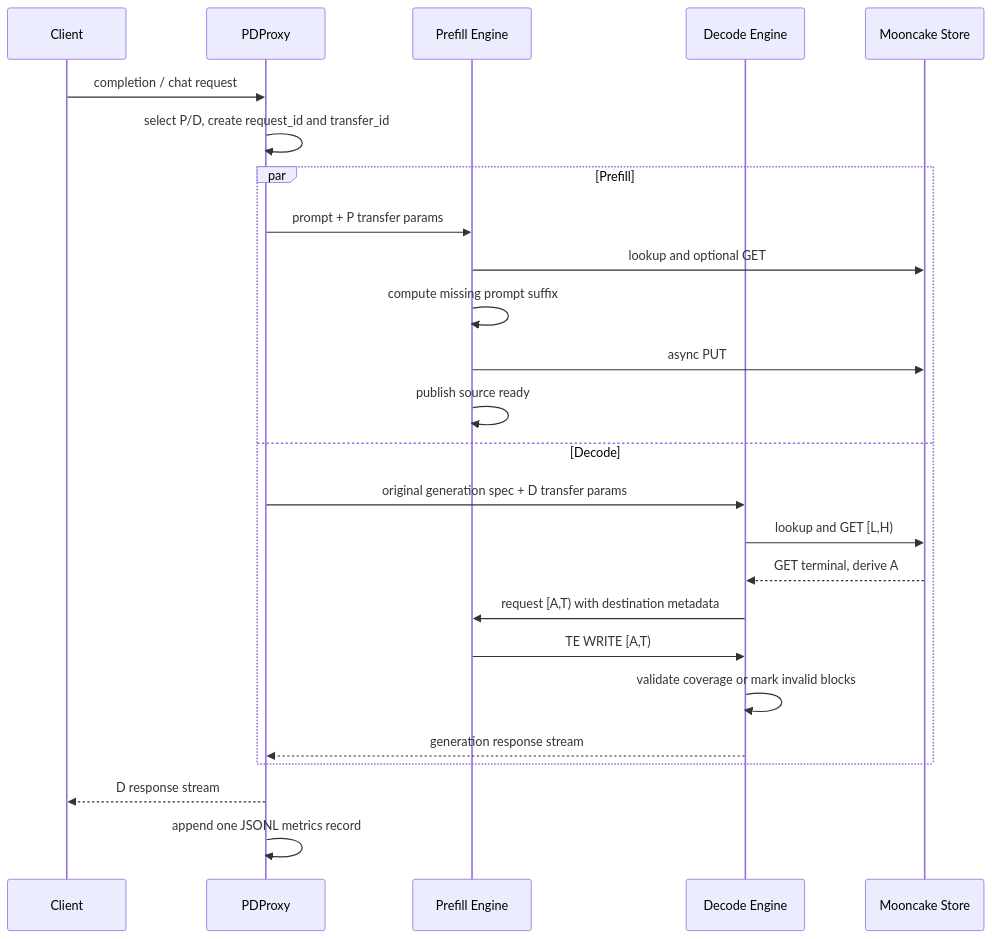
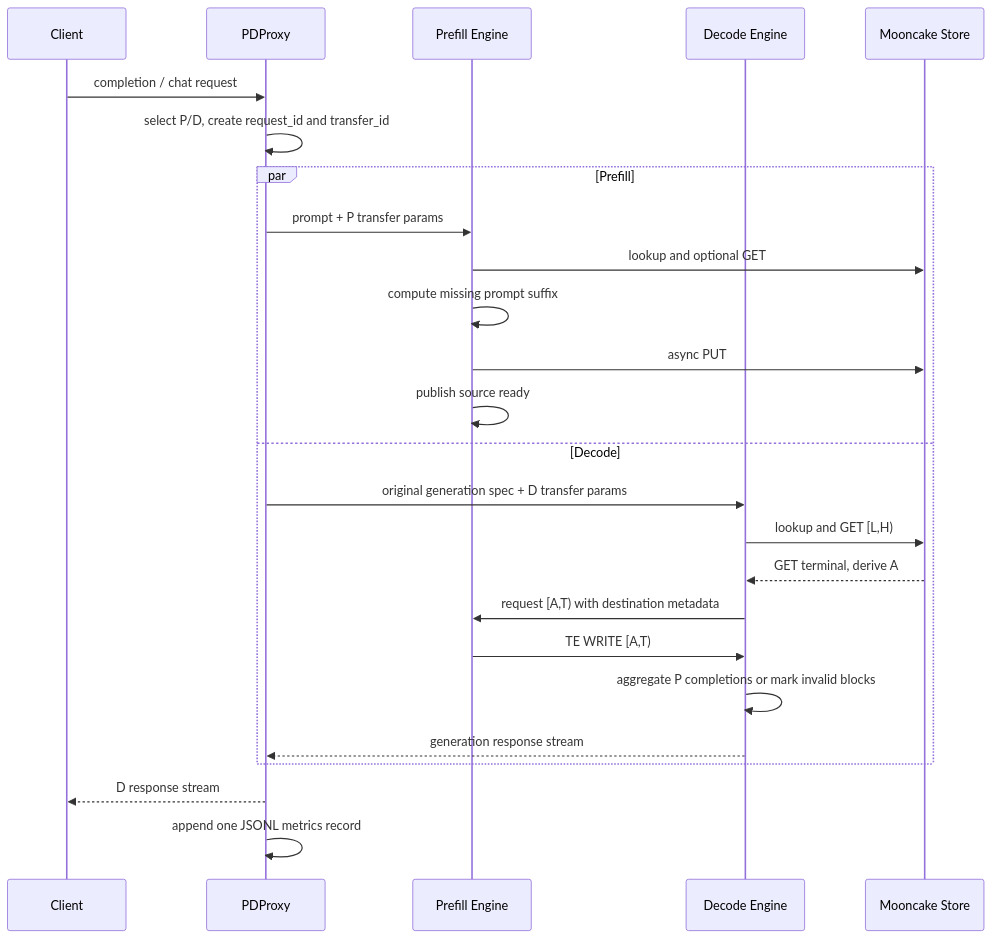
Before and after one commit to WangSu-X/MTSC: the third of 3 diagrams in docs/design/S00-整体设计.md, drawn with Mermaid. The commit also changed other lines of this file and 23 other files, not shown here.

````diff
--- a/docs/design/S00-整体设计.md
+++ b/docs/design/S00-整体设计.md
@@ -185,28 +185,28 @@
 ```mermaid
 sequenceDiagram
     participant C as Client
     participant X as PDProxy
     participant P as Prefill Engine
     participant D as Decode Engine
     participant S as Mooncake Store
 
     C->>X: completion / chat request
     X->>X: select P/D, create request_id and transfer_id
     par Prefill
         X->>P: prompt + P transfer params
         P->>S: lookup and optional GET
         P->>P: compute missing prompt suffix
         P->>S: async PUT
         P->>P: publish source ready
     and Decode
         X->>D: original generation spec + D transfer params
         D->>S: lookup and GET [L,H)
         S-->>D: GET terminal, derive A
         D->>P: request [A,T) with destination metadata
         P->>D: TE WRITE [A,T)
-        D->>D: validate coverage or mark invalid blocks
+        D->>D: aggregate P completions or mark invalid blocks
         D-->>X: generation response stream
     end
     X-->>C: D response stream
     X->>X: append one JSONL metrics record
 ```
````
